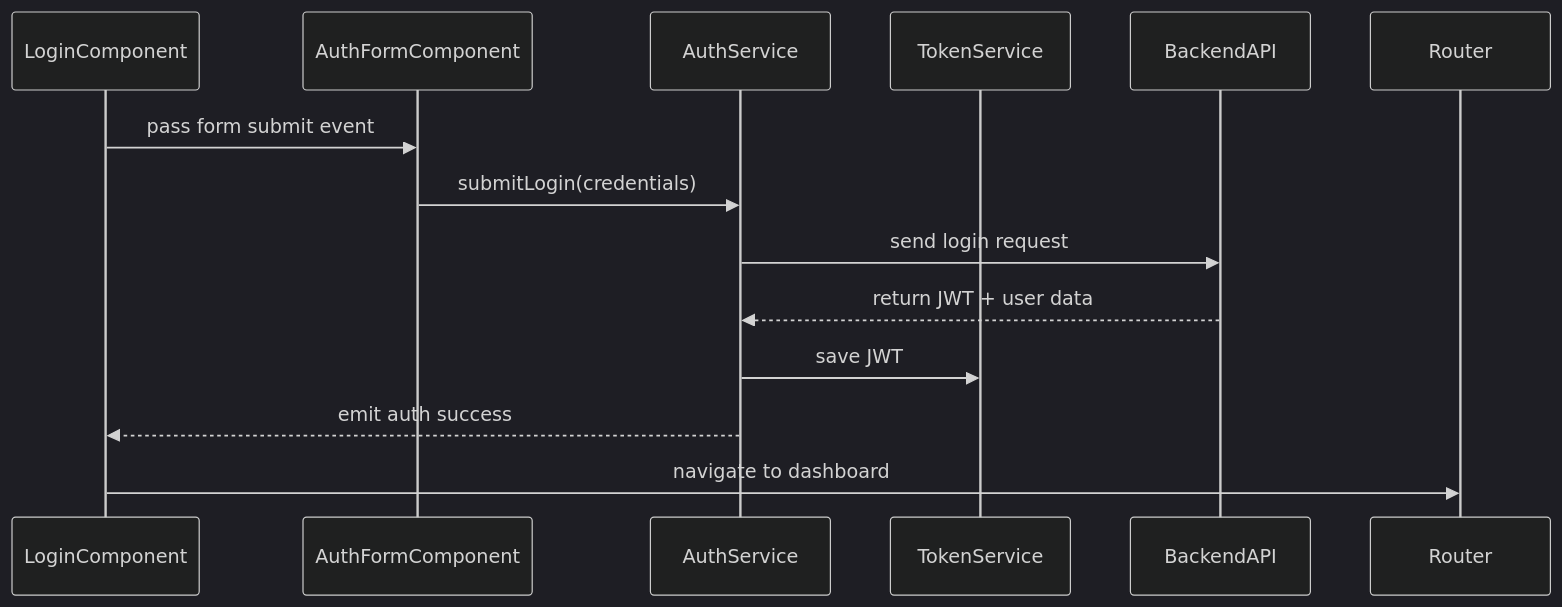
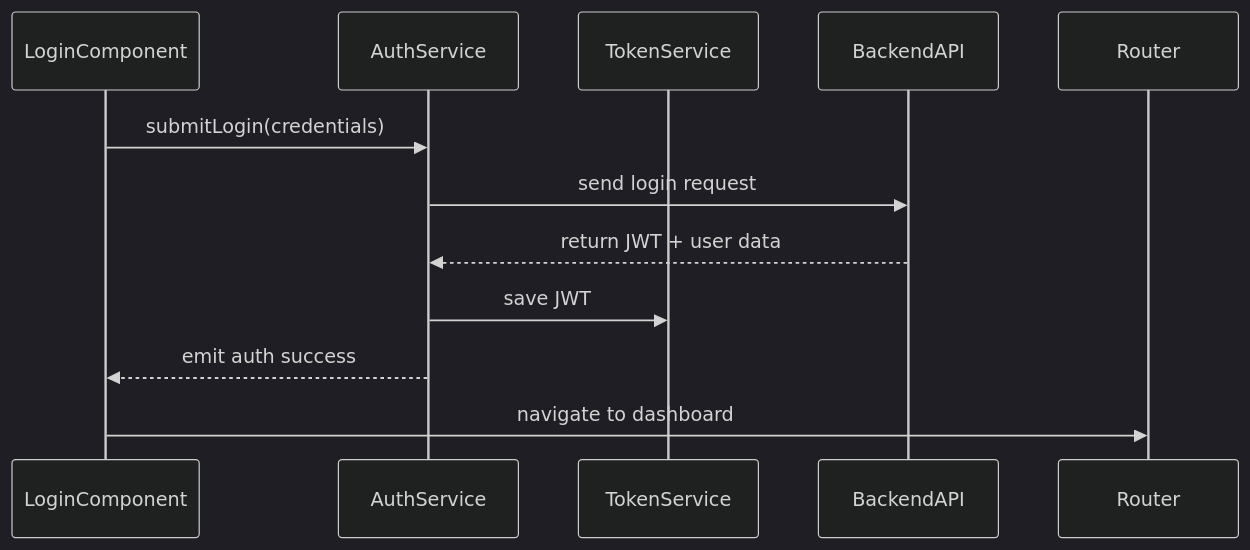
Before and after one commit to bprof-spec-codes/codelingo: the third of 3 diagrams in docs/frontend/user-management-components.md, drawn with Mermaid (dark theme). The commit also changed other lines of this file, not shown here.

````diff
--- a/docs/frontend/user-management-components.md
+++ b/docs/frontend/user-management-components.md
@@ -128,16 +102,14 @@
 ```mermaid
 sequenceDiagram
 participant LoginComp as LoginComponent
-participant AuthForm as AuthFormComponent
 participant AuthSvc as AuthService
 participant TokenSvc as TokenService
 participant Backend as BackendAPI
 
-LoginComp ->> AuthForm: pass form submit event
-AuthForm ->> AuthSvc: submitLogin(credentials)
+LoginComp ->> AuthSvc: submitLogin(credentials)
 AuthSvc ->> Backend: send login request
 Backend -->> AuthSvc: return JWT + user data
 AuthSvc ->> TokenSvc: save JWT
 AuthSvc -->> LoginComp: emit auth success
 LoginComp ->> Router: navigate to dashboard
 ```
````
